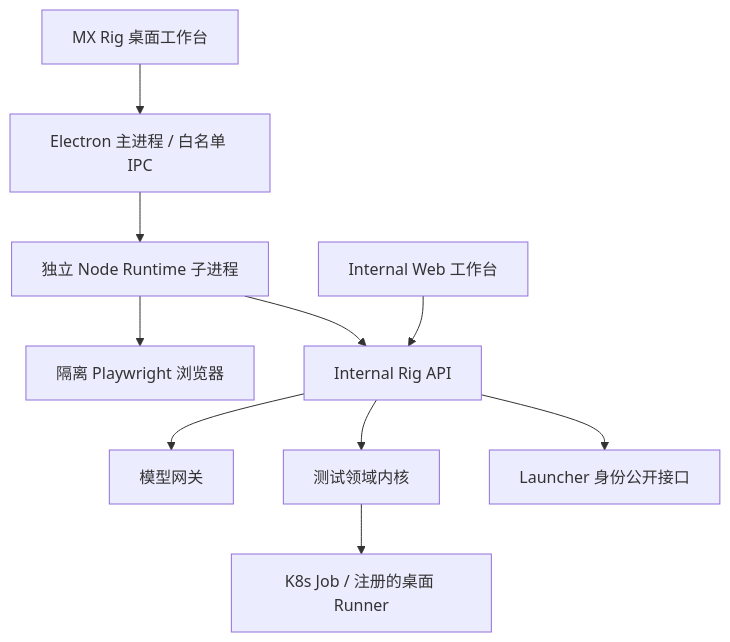
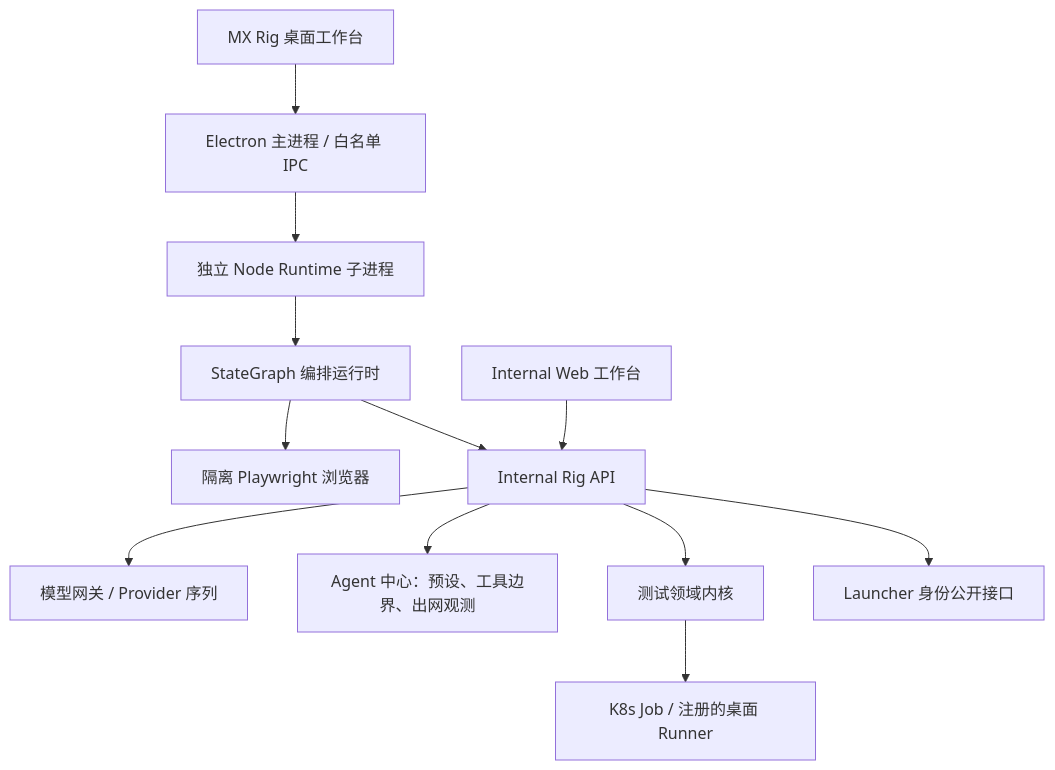
One commit to qpjoy/de-llaaddddeerr changed the diagram in electron-dock/mx-rig/docs/01-architecture.md. Above: the diagram before and after it, drawn with Mermaid. The commit also changed other lines of this file and 102 other files, not shown here.

````diff
--- a/electron-dock/mx-rig/docs/01-architecture.md
+++ b/electron-dock/mx-rig/docs/01-architecture.md
@@ -9,12 +9,14 @@
 ```mermaid
 flowchart TD
   D[MX Rig 桌面工作台] --> P[Electron 主进程 / 白名单 IPC]
   P --> R[独立 Node Runtime 子进程]
-  R --> B[隔离 Playwright 浏览器]
-  R --> S[Internal Rig API]
+  R --> G[StateGraph 编排运行时]
+  G --> B[隔离 Playwright 浏览器]
+  G --> S[Internal Rig API]
   W[Internal Web 工作台] --> S
-  S --> M[模型网关]
+  S --> M[模型网关 / Provider 序列]
+  S --> A[Agent 中心：预设、工具边界、出网观测]
   S --> T[测试领域内核]
   T --> J[K8s Job / 注册的桌面 Runner]
   S --> I[Launcher 身份公开接口]
 ```
````
